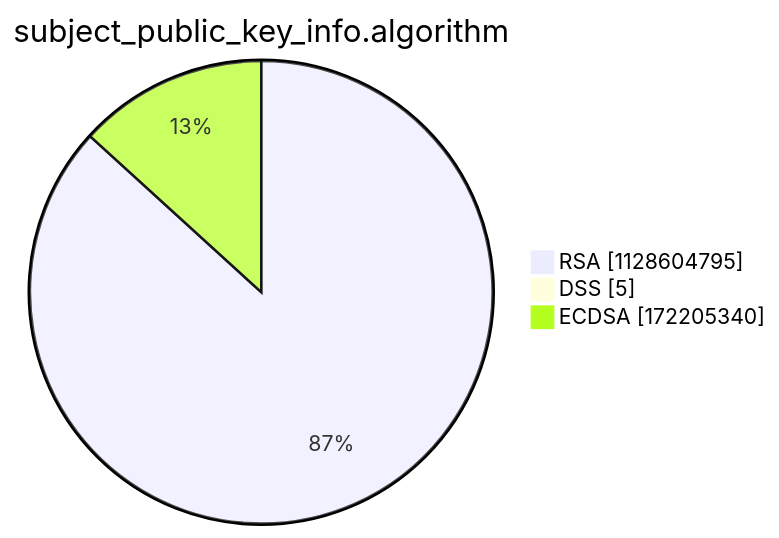
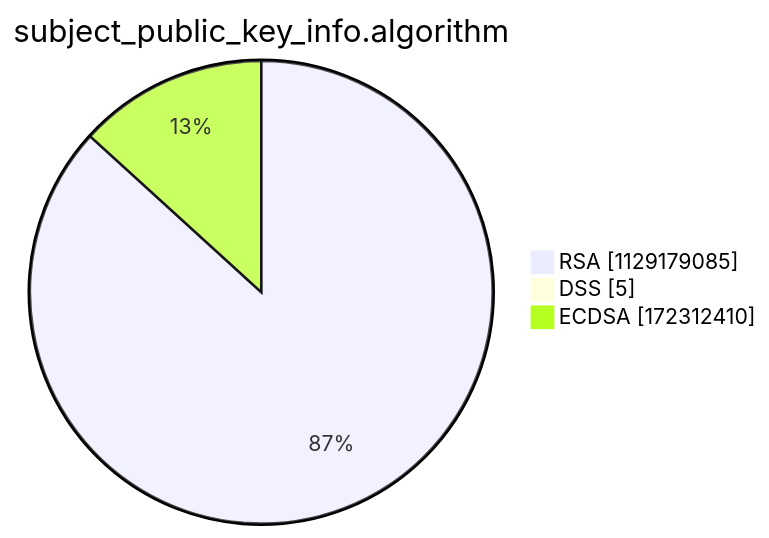
Before and after one commit to christiankrug/ctmonitor_visualization: the third of 15 diagrams in argon2022/README.md, drawn with Mermaid. The commit also changed other lines of this file, not shown here.

````diff
--- a/argon2022/README.md
+++ b/argon2022/README.md
@@ -14,7 +14,7 @@
 ```mermaid
 pie showData
 title subject_public_key_info.algorithm
-"RSA" :1128604795
+"RSA" :1129179085
 "DSS" :5
-"ECDSA" :172205340
+"ECDSA" :172312410
 ```
````
